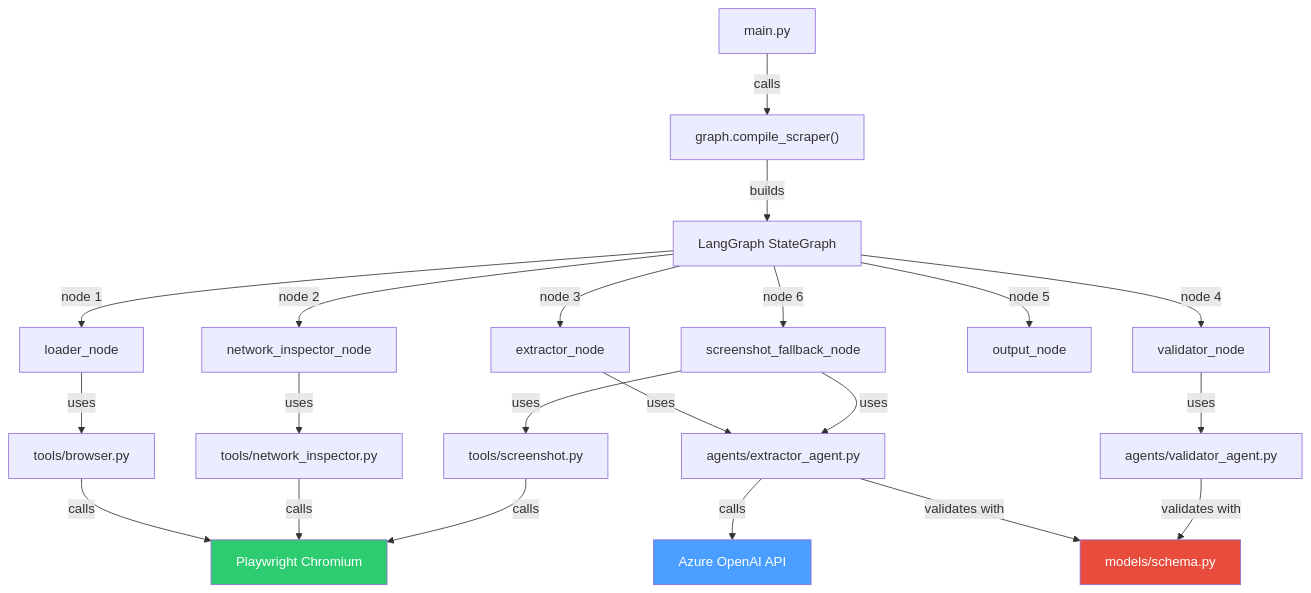
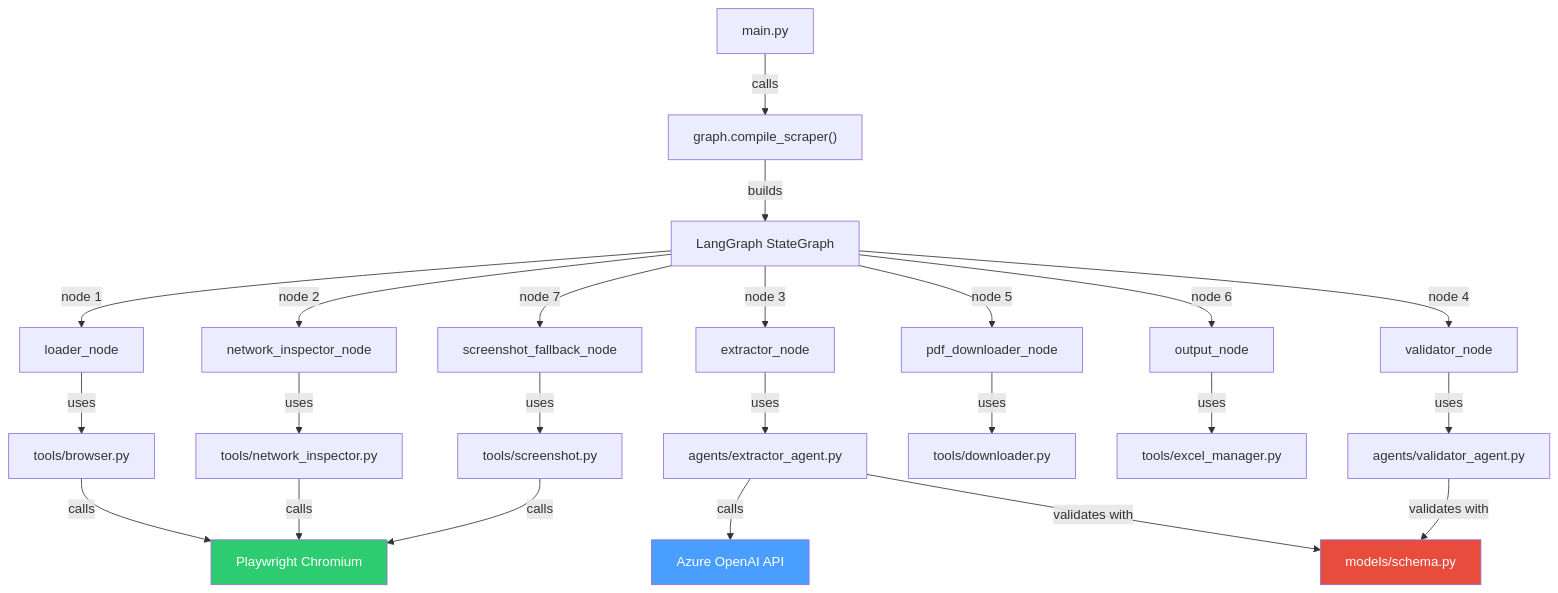
The diagram in ARCHITECTURE.md (Indumatibv/Agentic_AI_Tejomaya), drawn with Mermaid before and after one commit. The commit also changed other lines of this file and 31 other files, not shown here.

````diff
--- a/ARCHITECTURE.md
+++ b/ARCHITECTURE.md
@@ -388,30 +400,32 @@
 ```mermaid
 graph TD
     A["main.py"] -->|"calls"| B["graph.compile_scraper()"]
     B -->|"builds"| C["LangGraph StateGraph"]
     C -->|"node 1"| D["loader_node"]
     C -->|"node 2"| E["network_inspector_node"]
     C -->|"node 3"| F["extractor_node"]
     C -->|"node 4"| G["validator_node"]
-    C -->|"node 5"| H["output_node"]
-    C -->|"node 6"| I["screenshot_fallback_node"]
+    C -->|"node 5"| H["pdf_downloader_node"]
+    C -->|"node 6"| I["output_node"]
+    C -->|"node 7"| J["screenshot_fallback_node"]
 
-    D -->|"uses"| J["tools/browser.py"]
-    E -->|"uses"| K["tools/network_inspector.py"]
-    F -->|"uses"| L["agents/extractor_agent.py"]
-    I -->|"uses"| M["tools/screenshot.py"]
-    I -->|"uses"| L
+    D -->|"uses"| K["tools/browser.py"]
+    E -->|"uses"| L["tools/network_inspector.py"]
+    F -->|"uses"| M["agents/extractor_agent.py"]
     G -->|"uses"| N["agents/validator_agent.py"]
+    H -->|"uses"| O["tools/downloader.py"]
+    I -->|"uses"| P["tools/excel_manager.py"]
+    J -->|"uses"| Q["tools/screenshot.py"]
 
-    L -->|"calls"| O["Azure OpenAI API"]
-    J -->|"calls"| P["Playwright Chromium"]
-    K -->|"calls"| P
-    M -->|"calls"| P
+    M -->|"calls"| R["Azure OpenAI API"]
+    K -->|"calls"| S["Playwright Chromium"]
+    L -->|"calls"| S
+    Q -->|"calls"| S
 
-    L -->|"validates with"| Q["models/schema.py"]
-    N -->|"validates with"| Q
+    M -->|"validates with"| T["models/schema.py"]
+    N -->|"validates with"| T
 
-    style O fill:#4a9eff,color:#fff
-    style P fill:#2ecc71,color:#fff
-    style Q fill:#e74c3c,color:#fff
+    style R fill:#4a9eff,color:#fff
+    style S fill:#2ecc71,color:#fff
+    style T fill:#e74c3c,color:#fff
 ```
````
